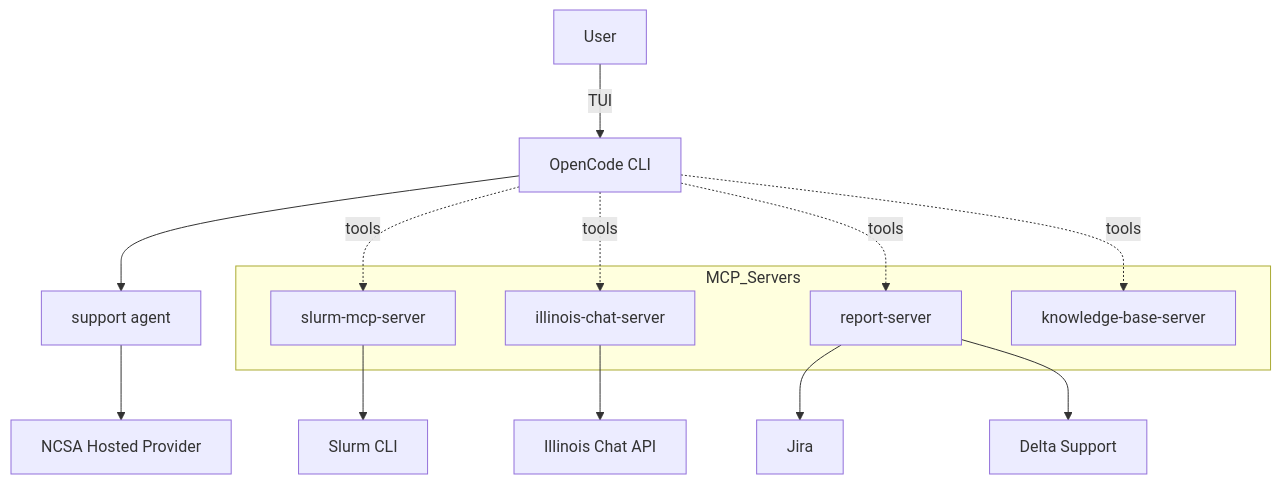
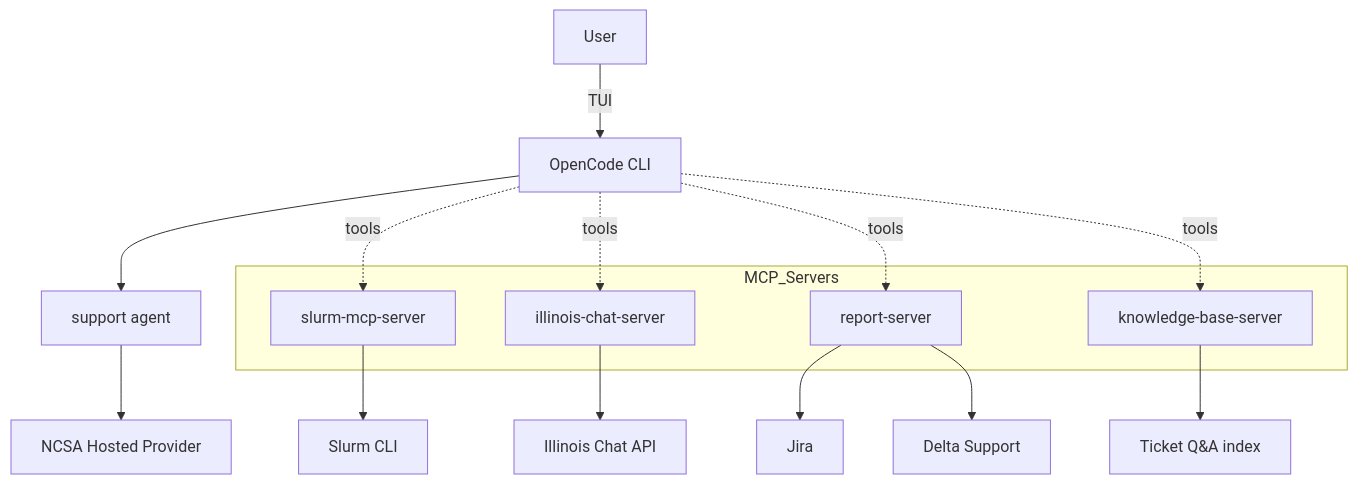
One commit to skye-glitch/hpcgpt-cli changed the diagram in NCSA/README.md. Above: the diagram before and after it, drawn with Mermaid. The commit also changed other lines of this file and 2 other files, not shown here.

````diff
--- a/NCSA/README.md
+++ b/NCSA/README.md
@@ -43,24 +44,25 @@
 ```mermaid
 graph TD
   U[User] -->|TUI| OC[OpenCode CLI]
 
   OC --> A[support agent]
   A --> P[NCSA Hosted Provider]
 
   subgraph MCP_Servers
     M1[slurm-mcp-server]
     M2[illinois-chat-server]
     M3[report-server]
     M4[knowledge-base-server]
   end
 
   OC -. tools .-> M1
   OC -. tools .-> M2
   OC -. tools .-> M3
   OC -. tools .-> M4
 
   M1 --> SLURM[Slurm CLI]
   M2 --> ICHAT[Illinois Chat API]
   M3 --> JIRA[Jira]
   M3 --> SUPPORT[Delta Support]
+  M4 --> KB[Ticket Q&A index]
 ```
````
